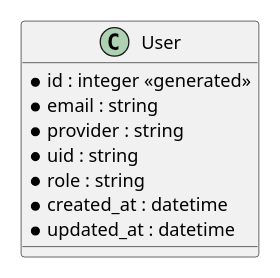
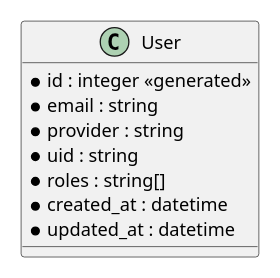
The diagram in doc/compliance/apps/data.logical.md (HHS/nih-oite-website), drawn with PlantUML before and after one commit. The commit also changed 1 other file, not shown here.

Commit message:
Update data model diagram for multiple roles

````diff
--- a/doc/compliance/apps/data.logical.md
+++ b/doc/compliance/apps/data.logical.md
@@ -5,18 +5,18 @@
 ```plantuml
 @startuml
 scale 0.65
 
 ' avoid problems with angled crows feet
 skinparam linetype ortho
 
 class User {
   * id : integer <<generated>>
   * email : string
   * provider : string
   * uid : string
-  * role : string
+  * roles : string[]
   * created_at : datetime
   * updated_at : datetime
 }
 @enduml
 ```
````
